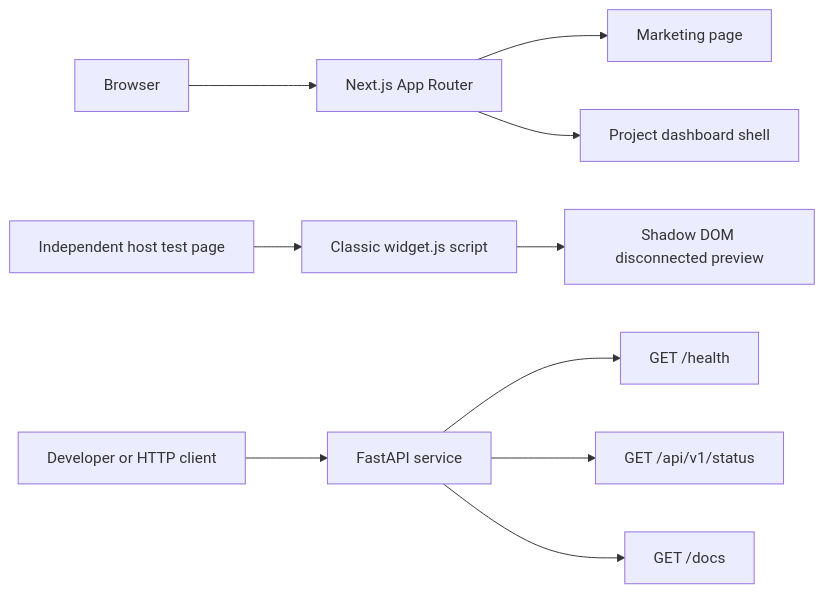
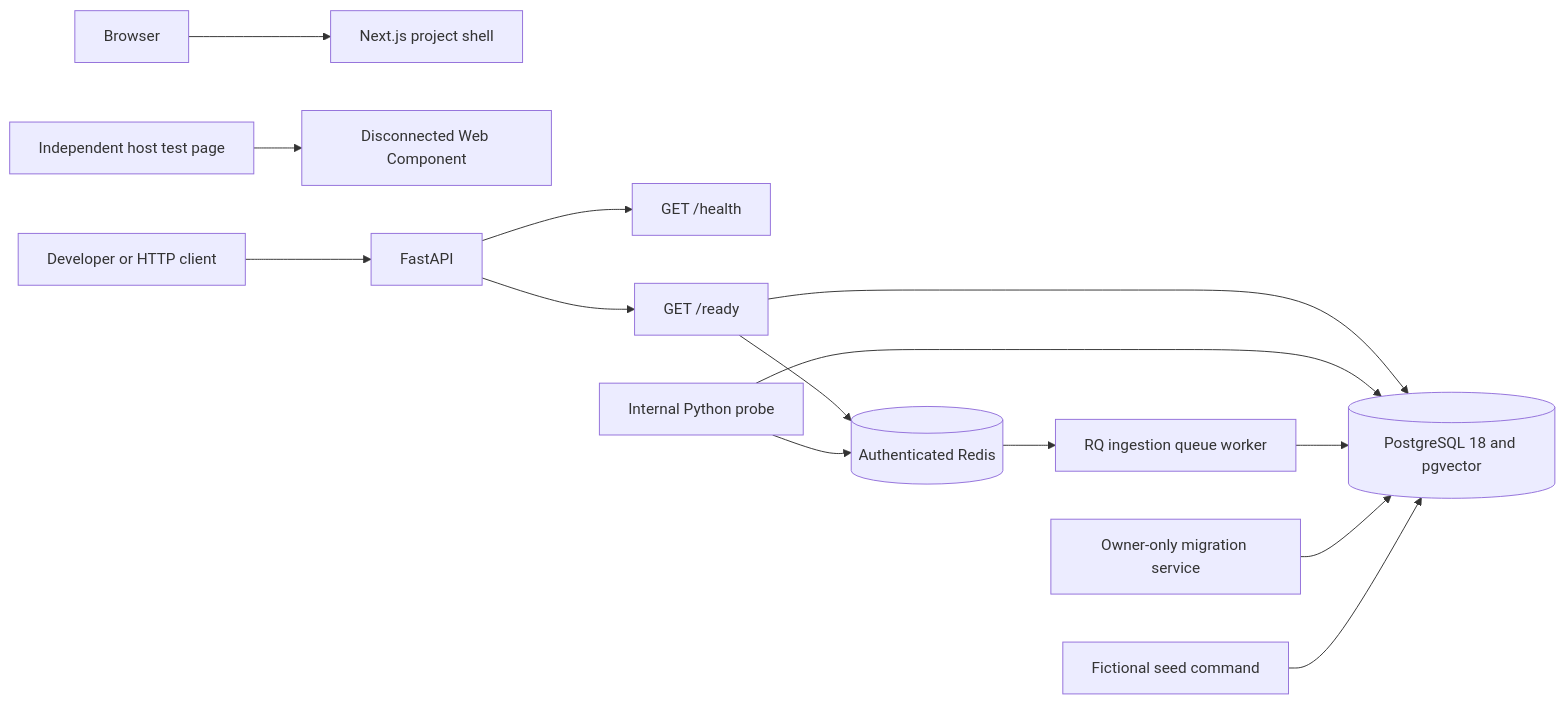
One commit to iamhamzakhokhar/ai-knowledge-assistant changed the first of 2 diagrams in docs/architecture.md. Above: the diagram before and after it, drawn with Mermaid. The commit also changed other lines of this file and 42 other files, not shown here.

````diff
--- a/docs/architecture.md
+++ b/docs/architecture.md
@@ -8,12 +9,16 @@
 ```mermaid
 flowchart LR
-    Browser[Browser] --> Web[Next.js App Router]
-    Web --> Marketing[Marketing page]
-    Web --> Dashboard[Project dashboard shell]
-    HostPage[Independent host test page] --> Widget[Classic widget.js script]
-    Widget --> Preview[Shadow DOM disconnected preview]
-    Client[Developer or HTTP client] --> API[FastAPI service]
-    API --> Health[GET /health]
-    API --> Status[GET /api/v1/status]
-    API --> OpenAPI[GET /docs]
+    Browser[Browser] --> Web[Next.js project shell]
+    HostPage[Independent host test page] --> Widget[Disconnected Web Component]
+    Client[Developer or HTTP client] --> API[FastAPI]
+    API --> Liveness[GET /health]
+    API --> Readiness[GET /ready]
+    Readiness --> DB[(PostgreSQL 18 and pgvector)]
+    Readiness --> Redis[(Authenticated Redis)]
+    Probe[Internal Python probe] --> DB
+    Probe --> Redis
+    Redis --> Worker[RQ ingestion queue worker]
+    Worker --> DB
+    Migrate[Owner-only migration service] --> DB
+    Seed[Fictional seed command] --> DB
 ```
````
